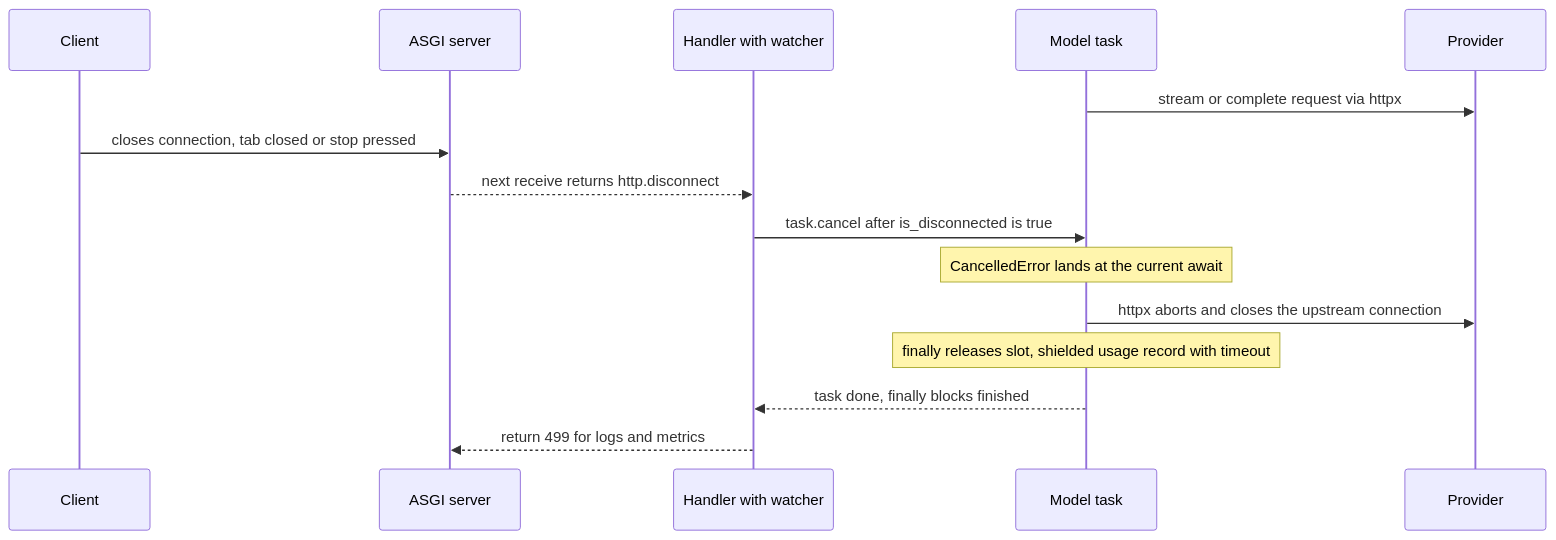
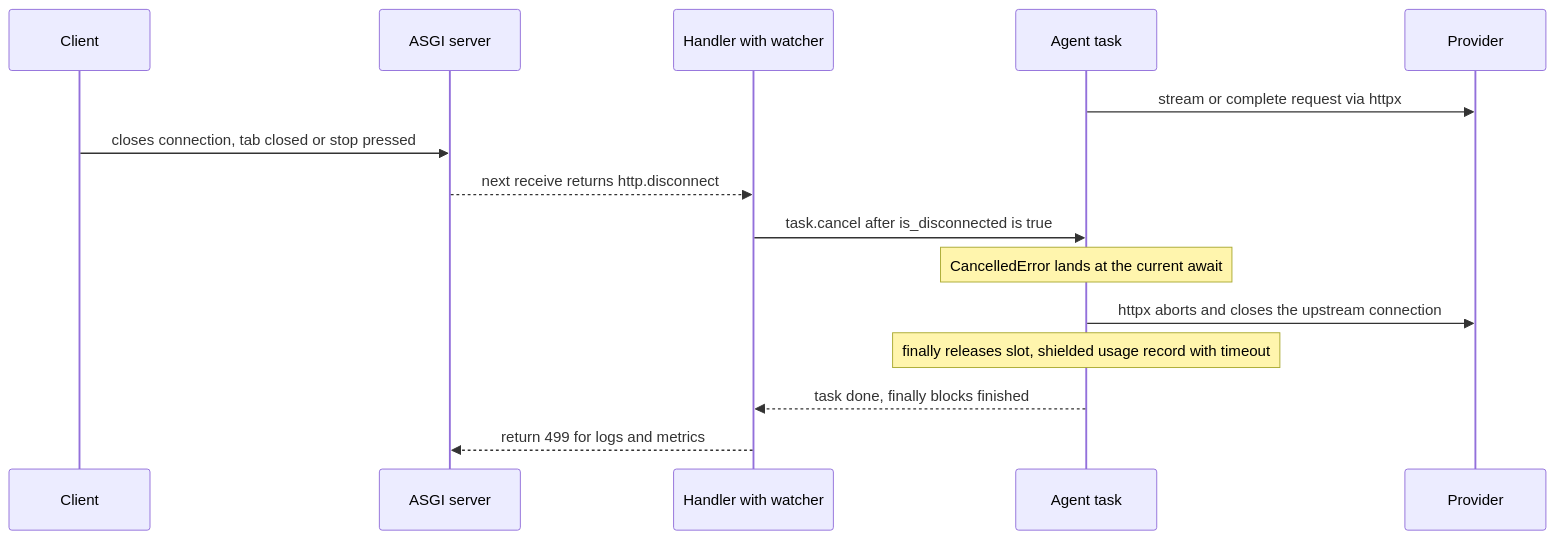
The diagram in content/fastapi-for-ai/cancellation-on-client-disconnect.md (lovishmahajan97/agentic-learning), drawn with Mermaid before and after one commit. The commit also changed other lines of this file and 266 other files, not shown here.

````diff
--- a/content/fastapi-for-ai/cancellation-on-client-disconnect.md
+++ b/content/fastapi-for-ai/cancellation-on-client-disconnect.md
@@ -120,17 +135,17 @@
 ```mermaid
 sequenceDiagram
     participant C as Client
     participant S as ASGI server
     participant W as Handler with watcher
-    participant T as Model task
+    participant T as Agent task
     participant P as Provider
     T->>P: stream or complete request via httpx
     C->>S: closes connection, tab closed or stop pressed
     S-->>W: next receive returns http.disconnect
     W->>T: task.cancel after is_disconnected is true
     Note over T: CancelledError lands at the current await
     T->>P: httpx aborts and closes the upstream connection
     Note over T: finally releases slot, shielded usage record with timeout
     T-->>W: task done, finally blocks finished
     W-->>S: return 499 for logs and metrics
 ```
````
